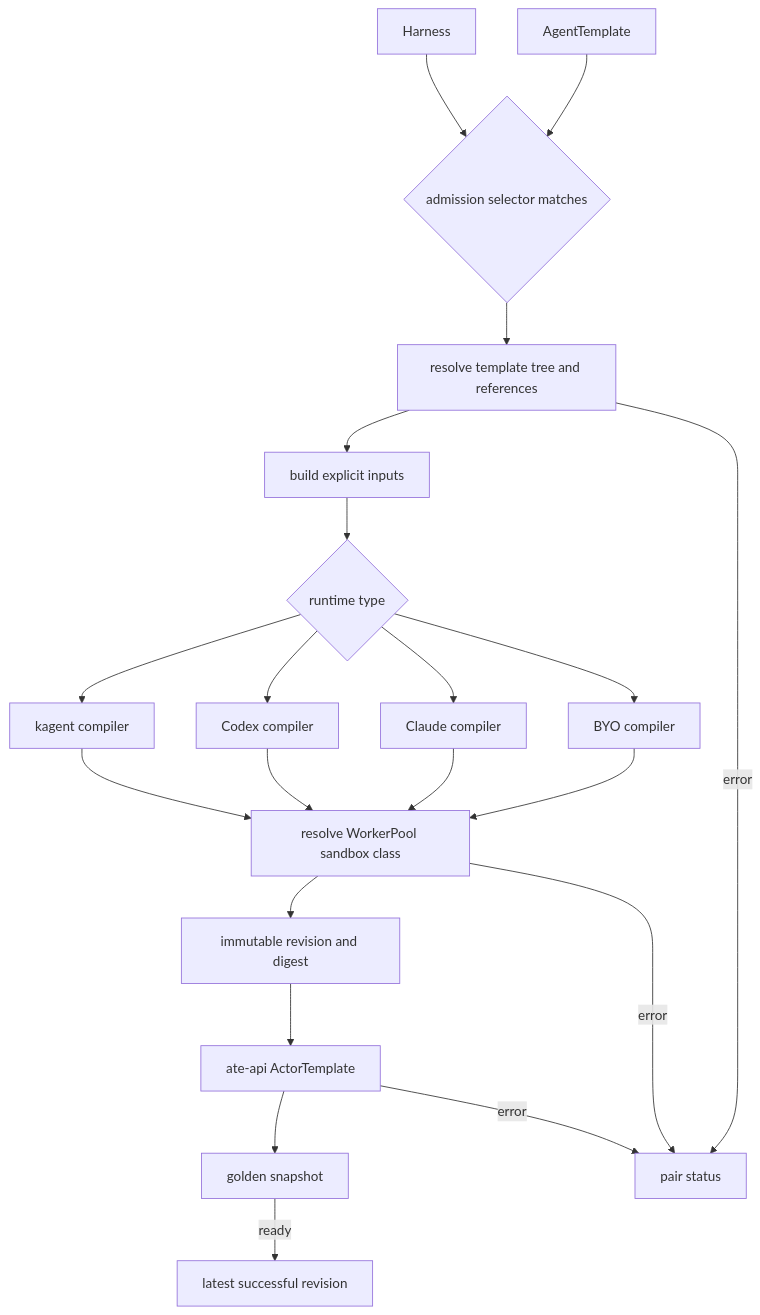
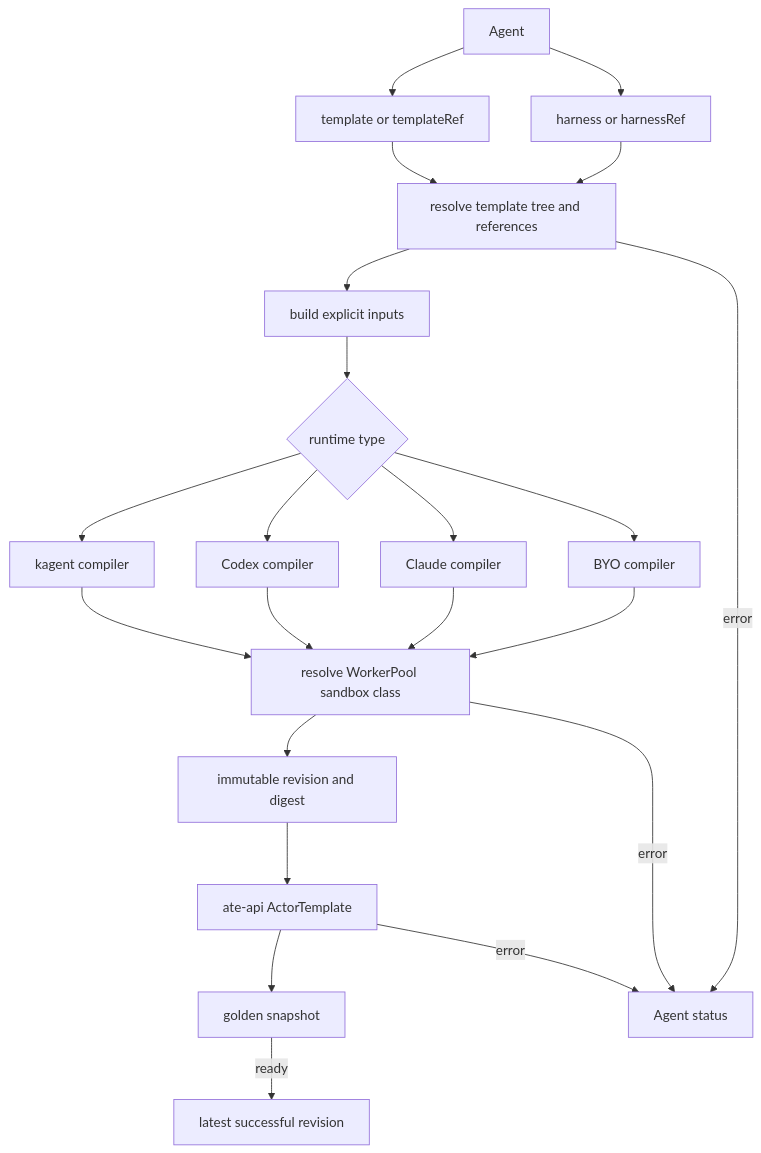
The diagram in docs/architecture/configuration-and-compilation.md (kagent-dev/kagent), drawn with Mermaid before and after one commit. The commit also changed other lines of this file and 418 other files, not shown here.

````diff
--- a/docs/architecture/configuration-and-compilation.md
+++ b/docs/architecture/configuration-and-compilation.md
@@ -46,23 +63,24 @@
 ```mermaid
 flowchart TD
-    H[Harness] --> MATCH{admission selector matches}
-    AT[AgentTemplate] --> MATCH
-    MATCH --> RESOLVE[resolve template tree and references]
+    A[Agent] --> T[template or templateRef]
+    A --> H[harness or harnessRef]
+    T --> RESOLVE[resolve template tree and references]
+    H --> RESOLVE
     RESOLVE --> INPUTS[build explicit inputs]
     INPUTS --> REGISTRY{runtime type}
     REGISTRY --> K[kagent compiler]
     REGISTRY --> X[Codex compiler]
     REGISTRY --> C[Claude compiler]
     REGISTRY --> B[BYO compiler]
     K --> POOL[resolve WorkerPool sandbox class]
     X --> POOL
     C --> POOL
     B --> POOL
     POOL --> REV[immutable revision and digest]
     POOL -->|error| STATUS
     REV --> ATE[ate-api ActorTemplate]
     ATE --> GOLDEN[golden snapshot]
     GOLDEN -->|ready| LATEST[latest successful revision]
-    RESOLVE -->|error| STATUS[pair status]
+    RESOLVE -->|error| STATUS[Agent status]
     ATE -->|error| STATUS
 ```
````
